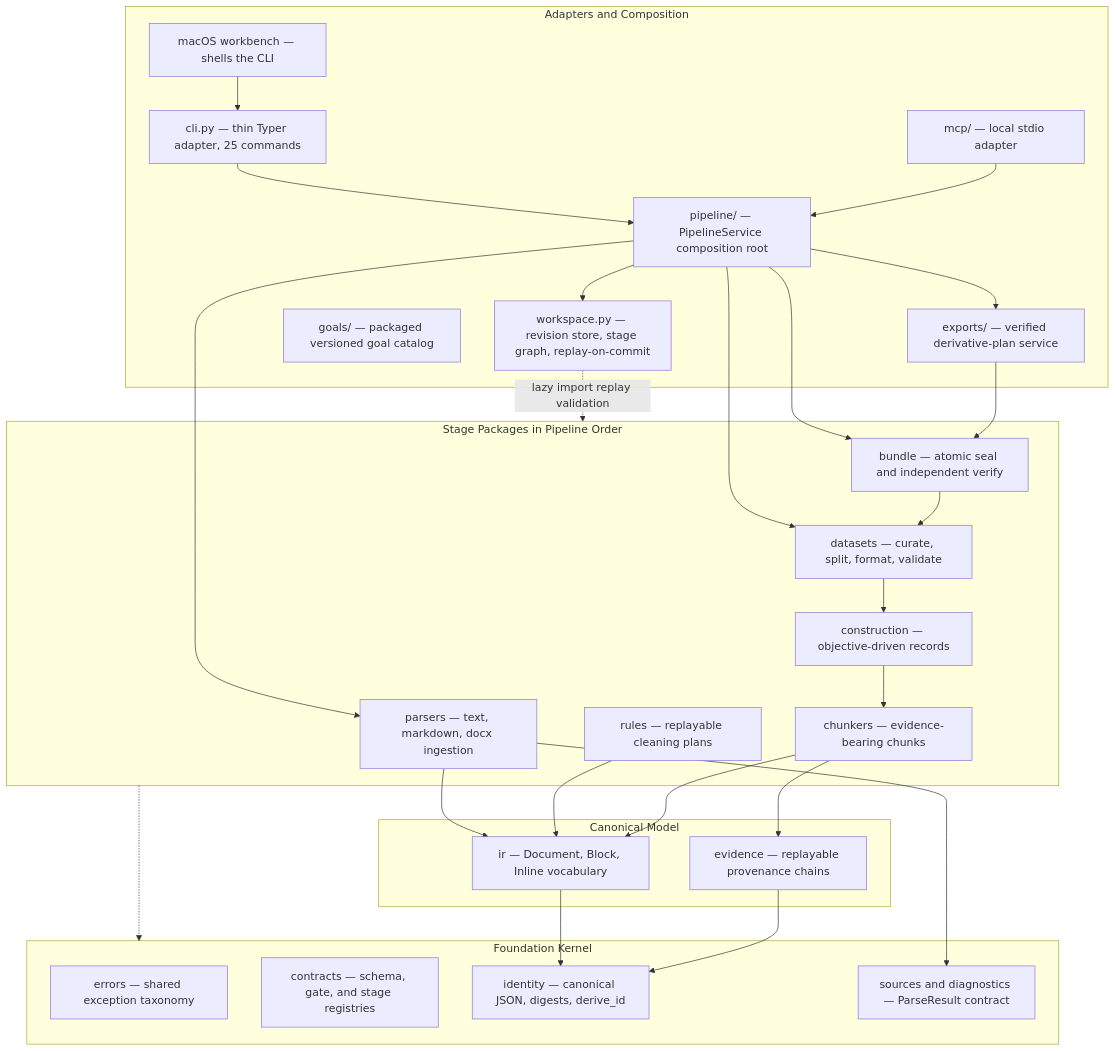
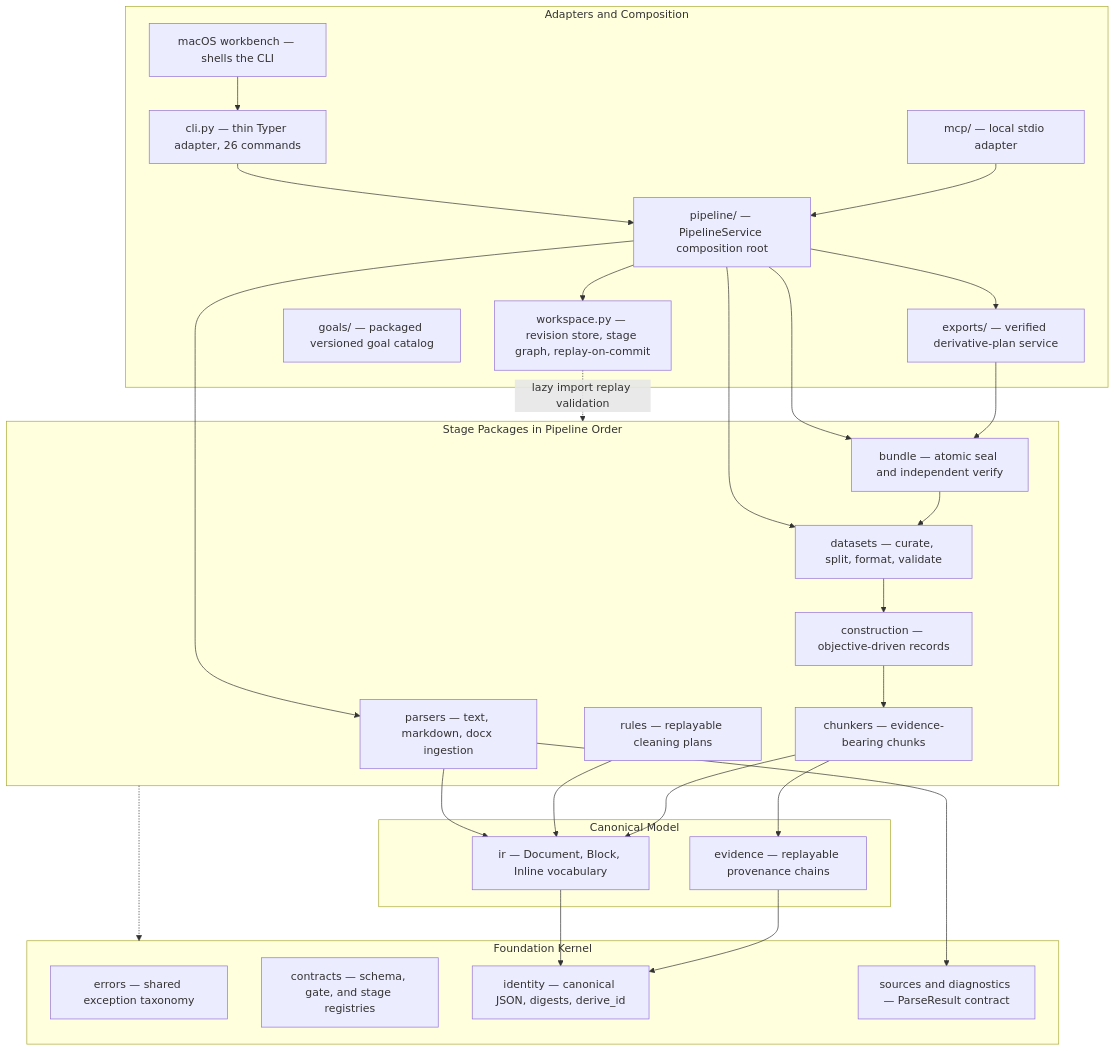
Before and after one commit to ogprotege/Veriformis: the diagram in docs/architecture/README.md, drawn with Mermaid. The commit also changed 36 other files, not shown here.

````diff
--- a/docs/architecture/README.md
+++ b/docs/architecture/README.md
@@ -101,55 +101,55 @@
 ```mermaid
 flowchart TB
     subgraph entry["Adapters and Composition"]
-        CLI["cli.py — thin Typer adapter, 25 commands"]
+        CLI["cli.py — thin Typer adapter, 26 commands"]
         MCP["mcp/ — local stdio adapter"]
         MAC["macOS workbench — shells the CLI"]
         PIP["pipeline/ — PipelineService composition root"]
         EXP["exports/ — verified derivative-plan service"]
         GOALS["goals/ — packaged versioned goal catalog"]
         WS["workspace.py — revision store, stage graph, replay-on-commit"]
     end
 
     subgraph stages["Stage Packages in Pipeline Order"]
         P["parsers — text, markdown, docx ingestion"]
         R["rules — replayable cleaning plans"]
         C["chunkers — evidence-bearing chunks"]
         CT["construction — objective-driven records"]
         DS["datasets — curate, split, format, validate"]
         B["bundle — atomic seal and independent verify"]
     end
 
     subgraph core["Canonical Model"]
         IR["ir — Document, Block, Inline vocabulary"]
         EV["evidence — replayable provenance chains"]
     end
 
     subgraph foundation["Foundation Kernel"]
         ERR["errors — shared exception taxonomy"]
         CON["contracts — schema, gate, and stage registries"]
         ID["identity — canonical JSON, digests, derive_id"]
         SRC["sources and diagnostics — ParseResult contract"]
     end
 
     CLI --> PIP
     MCP --> PIP
     MAC --> CLI
     PIP --> WS
     PIP --> EXP
     PIP --> P
     PIP --> DS
     PIP --> B
     EXP --> B
     WS -. "lazy import replay validation" .-> stages
     P --> IR
     R --> IR
     C --> IR
     C --> EV
     CT --> C
     DS --> CT
     B --> DS
     P --> SRC
     IR --> ID
     EV --> ID
     stages -.-> foundation
 ```
````
